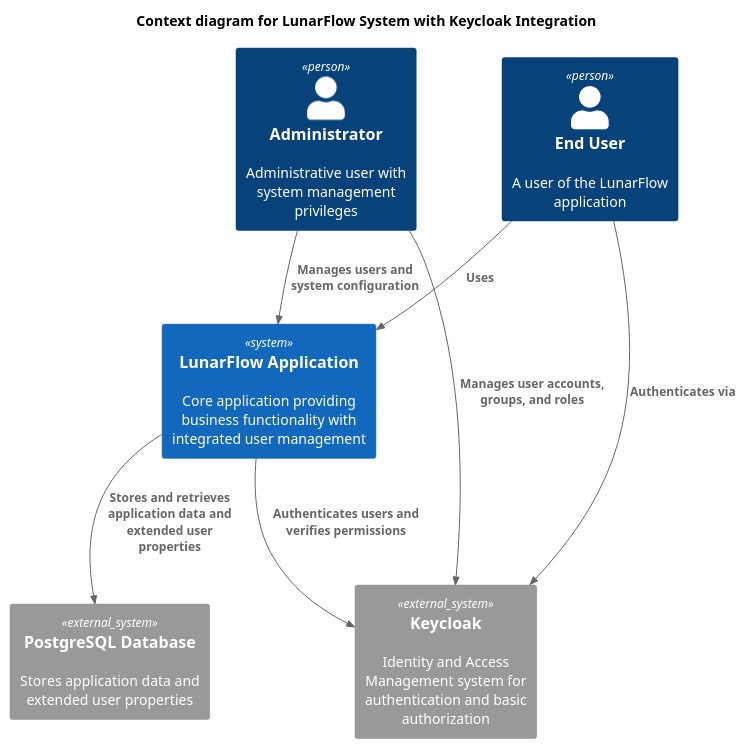
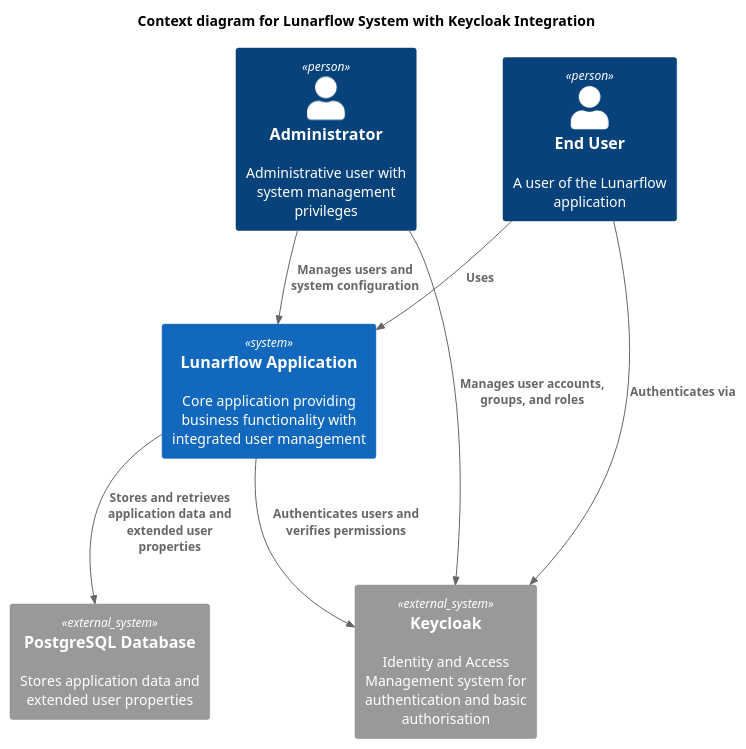
Before and after one commit to fontys-lunarflow/keycloak_integration: the diagram in c1.puml, drawn with PlantUML. The commit also changed 3 other files, not shown here.

Commit message:
Minor diagram updates

```diff
--- a/c1.puml
+++ b/c1.puml
@@ -1,22 +1,22 @@
-@startuml LunarFlow user_api C1 Diagram
+@startuml Lunarflow user_api C1 Diagram
 !include https://raw.githubusercontent.com/plantuml-stdlib/C4-PlantUML/master/C4_Context.puml
 
-title Context diagram for LunarFlow System with Keycloak Integration
+title Context diagram for Lunarflow System with Keycloak Integration
 
-Person(endUser, "End User", "A user of the LunarFlow application")
+Person(endUser, "End User", "A user of the Lunarflow application")
 Person(adminUser, "Administrator", "Administrative user with system management privileges")
 
-System(lunarFlow, "LunarFlow Application", "Core application providing business functionality with integrated user management")
+System(Lunarflow, "Lunarflow Application", "Core application providing business functionality with integrated user management")
 
-System_Ext(keycloak, "Keycloak", "Identity and Access Management system for authentication and basic authorization")
+System_Ext(keycloak, "Keycloak", "Identity and Access Management system for authentication and basic authorisation")
 System_Ext(database, "PostgreSQL Database", "Stores application data and extended user properties")
 
-Rel(endUser, lunarFlow, "Uses")
-Rel(adminUser, lunarFlow, "Manages users and system configuration")
+Rel(endUser, Lunarflow, "Uses")
+Rel(adminUser, Lunarflow, "Manages users and system configuration")
 Rel(adminUser, keycloak, "Manages user accounts, groups, and roles")
 
-Rel(lunarFlow, keycloak, "Authenticates users and verifies permissions")
-Rel(lunarFlow, database, "Stores and retrieves application data and extended user properties")
+Rel(Lunarflow, keycloak, "Authenticates users and verifies permissions")
+Rel(Lunarflow, database, "Stores and retrieves application data and extended user properties")
 Rel(endUser, keycloak, "Authenticates via")
 
 @enduml
```
